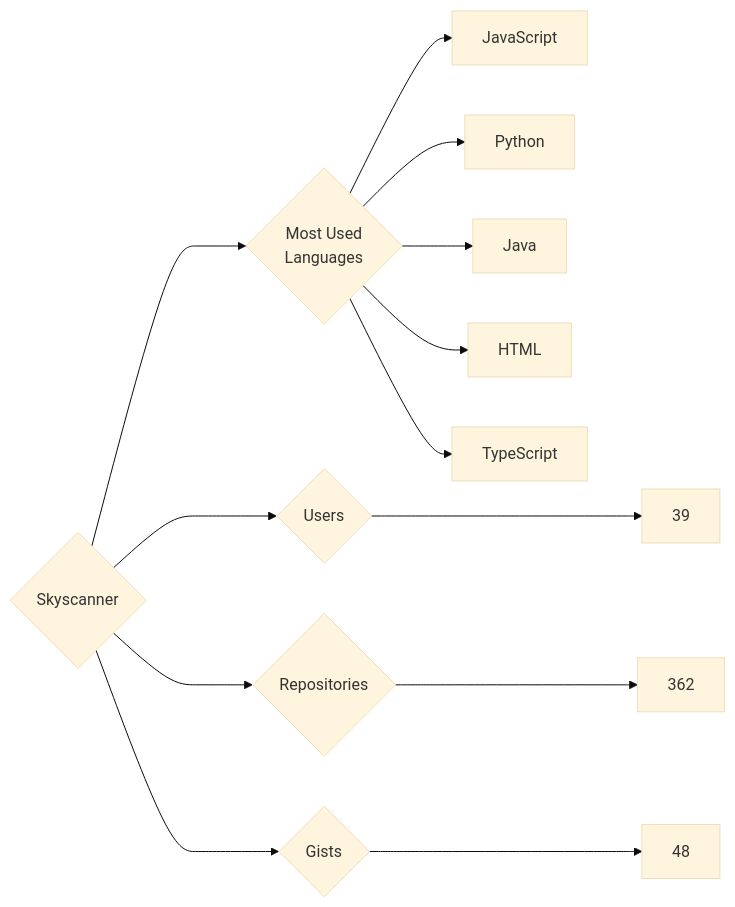
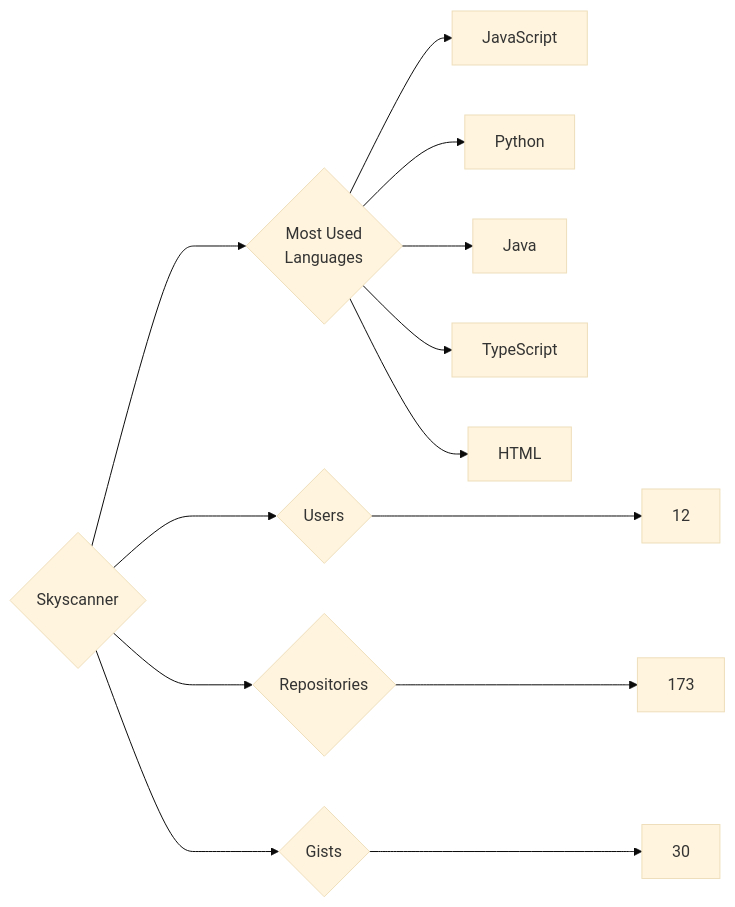
The diagram in targets/Skyscanner/README.md (trickest/insiders), drawn with Mermaid (base theme) before and after one commit. The commit also changed 787 other files, not shown here.

````diff
--- a/targets/Skyscanner/README.md
+++ b/targets/Skyscanner/README.md
@@ -3,13 +3,13 @@
 ```mermaid
 graph LR
 COMPANY_NAME{Skyscanner}
-COMPANY_NAME ---> U{Users} ---> UN[39]
-COMPANY_NAME ---> R{Repositories} ---> RN[362]
-COMPANY_NAME ---> G{Gists} ---> GN[48]
+COMPANY_NAME ---> U{Users} ---> UN[12]
+COMPANY_NAME ---> R{Repositories} ---> RN[173]
+COMPANY_NAME ---> G{Gists} ---> GN[30]
 COMPANY_NAME ---> ML{Most Used<br>Languages}
 ML --> JavaScript[JavaScript]
 ML --> Python[Python]
 ML --> Java[Java]
+ML --> TypeScript[TypeScript]
 ML --> HTML[HTML]
-ML --> TypeScript[TypeScript]
 ```
````
